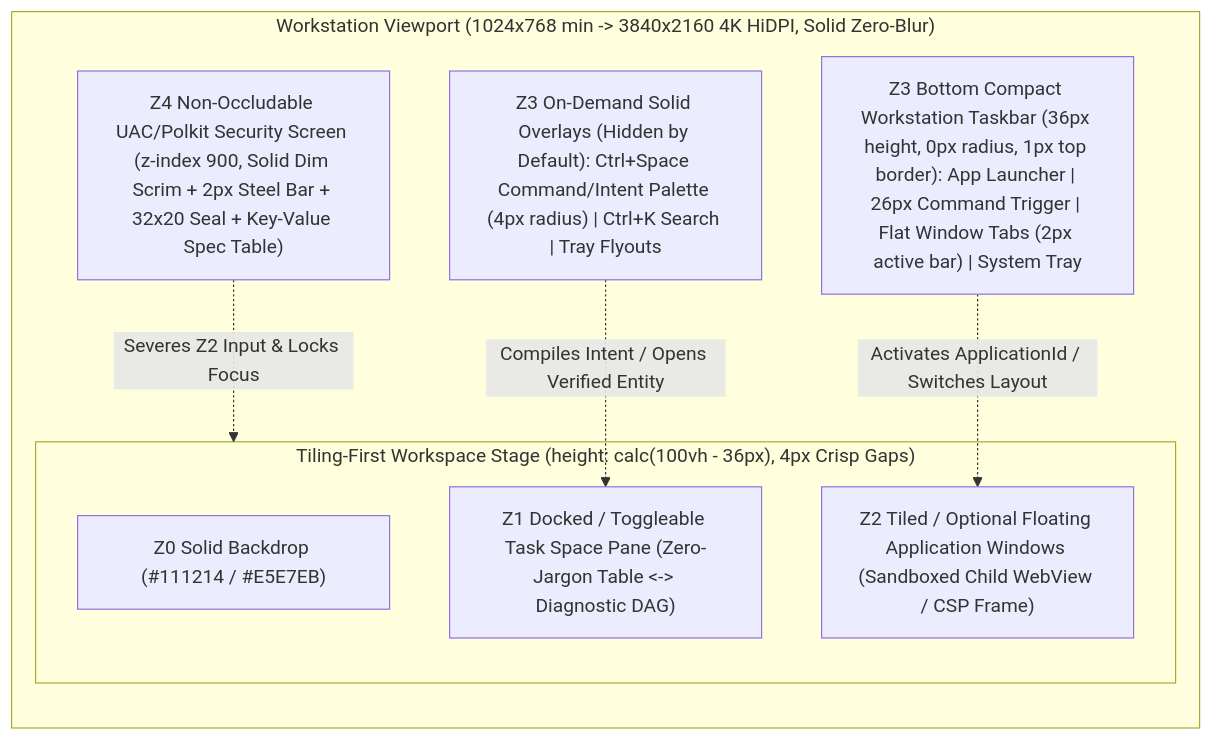
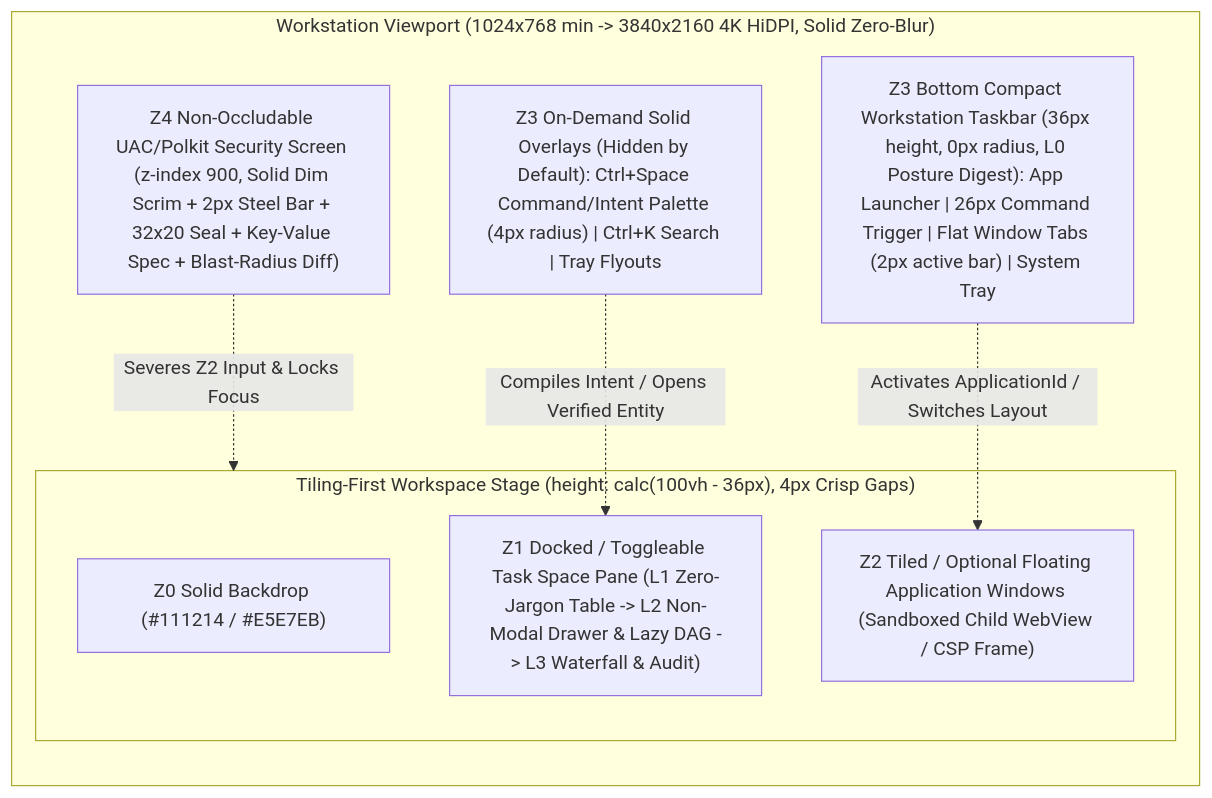
One commit to cty12356541/llmos changed the diagram in docs/superpowers/specs/2026-10-26-stage-d-desktop-visual-and-ux-design.md. Above: the diagram before and after it, drawn with Mermaid. The commit also changed other lines of this file and 4 other files, not shown here.

````diff
--- a/docs/superpowers/specs/2026-10-26-stage-d-desktop-visual-and-ux-design.md
+++ b/docs/superpowers/specs/2026-10-26-stage-d-desktop-visual-and-ux-design.md
@@ -263,18 +265,18 @@
 ```mermaid
 flowchart LR
   subgraph Viewport["Workstation Viewport (1024x768 min -> 3840x2160 4K HiDPI, Solid Zero-Blur)"]
     direction TB
     subgraph StageArea["Tiling-First Workspace Stage (height: calc(100vh - 36px), 4px Crisp Gaps)"]
       Z0["Z0 Solid Backdrop (#111214 / #E5E7EB)"]
       Z2["Z2 Tiled / Optional Floating Application Windows (Sandboxed Child WebView / CSP Frame)"]
-      Z1["Z1 Docked / Toggleable Task Space Pane (Zero-Jargon Table <-> Diagnostic DAG)"]
+      Z1["Z1 Docked / Toggleable Task Space Pane (L1 Zero-Jargon Table -> L2 Non-Modal Drawer & Lazy DAG -> L3 Waterfall & Audit)"]
     end
     Palettes["Z3 On-Demand Solid Overlays (Hidden by Default): Ctrl+Space Command/Intent Palette (4px radius) | Ctrl+K Search | Tray Flyouts"]
-    Taskbar["Z3 Bottom Compact Workstation Taskbar (36px height, 0px radius, 1px top border): App Launcher | 26px Command Trigger | Flat Window Tabs (2px active bar) | System Tray"]
-    Z4["Z4 Non-Occludable UAC/Polkit Security Screen (z-index 900, Solid Dim Scrim + 2px Steel Bar + 32x20 Seal + Key-Value Spec Table)"]
+    Taskbar["Z3 Bottom Compact Workstation Taskbar (36px height, 0px radius, L0 Posture Digest): App Launcher | 26px Command Trigger | Flat Window Tabs (2px active bar) | System Tray"]
+    Z4["Z4 Non-Occludable UAC/Polkit Security Screen (z-index 900, Solid Dim Scrim + 2px Steel Bar + 32x20 Seal + Key-Value Spec + Blast-Radius Diff)"]
   end
 
   Z4 -.->|"Severes Z2 Input & Locks Focus"| StageArea
   Palettes -.->|"Compiles Intent / Opens Verified Entity"| Z1
   Taskbar -.->|"Activates ApplicationId / Switches Layout"| Z2
 ```
````
